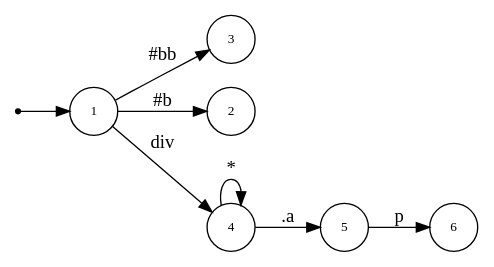
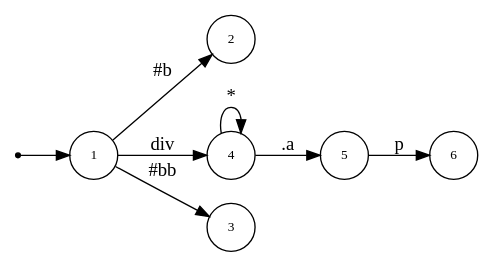
The diagram in css-gen-op/testcase/dot.dot (asukaminato0721/css-bitvector-compiler), drawn with Graphviz before and after one commit. The commit also changed other lines of this file and 20 other files, not shown here.

```diff
--- a/css-gen-op/testcase/dot.dot
+++ b/css-gen-op/testcase/dot.dot
@@ -1,19 +1,19 @@
 digraph NFA {
   rankdir=LR;
   node [shape=circle, fontsize=10];
   __start [shape=point, label=""];
   __start -> 1;
-  6 [label="6"];
-  3 [label="3"];
-  5 [label="5"];
   1 [label="1"];
   2 [label="2"];
   4 [label="4"];
+  5 [label="5"];
+  6 [label="6"];
+  3 [label="3"];
   { node [shape=doublecircle]; 2 3 6 }
   1 -> 2 [label="#b"];
   1 -> 3 [label="#bb"];
   1 -> 4 [label="div"];
   4 -> 4 [label="*"];
   4 -> 5 [label=".a"];
   5 -> 6 [label="p"];
 }
```
